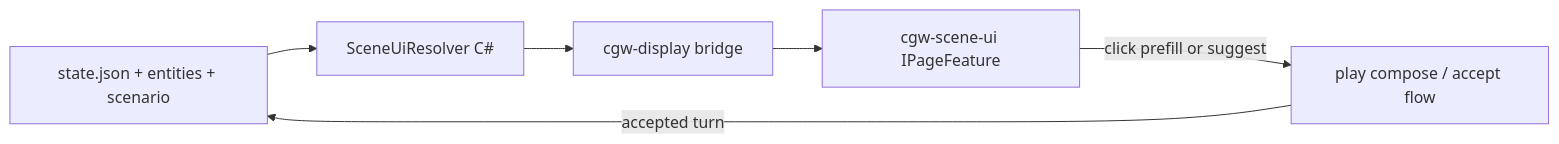
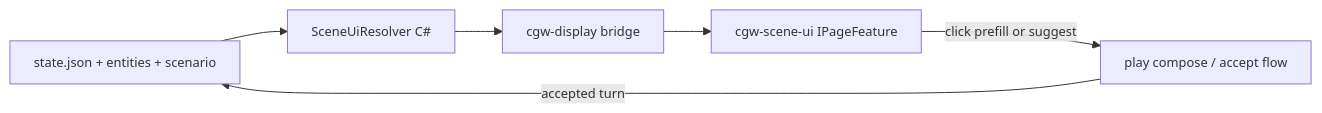
Before and after one commit to CMD0112/NarrativeGPT: the diagram in docs/Enhancements/strategic-value-additions-tracker.md, drawn with Mermaid. The commit also changed 788 other files, not shown here.

````diff
--- a/docs/Enhancements/strategic-value-additions-tracker.md
+++ b/docs/Enhancements/strategic-value-additions-tracker.md
@@ -1388,13 +1388,14 @@
 ```mermaid
+%%{init: {"flowchart":{"nodeSpacing":42,"rankSpacing":48,"padding":12,"diagramPadding":8,"htmlLabels":true},"themeVariables":{"fontSize":"13px"}} }%%
 flowchart LR
     Canon[state.json + entities + scenario]
     Resolver[SceneUiResolver C#]
     Bridge[cgw-display bridge]
     Feature[cgw-scene-ui IPageFeature]
     Compose[play compose / accept flow]
 
     Canon --> Resolver
     Resolver --> Bridge --> Feature
     Feature -->|click prefill or suggest| Compose
     Compose -->|accepted turn| Canon
 ```
````
